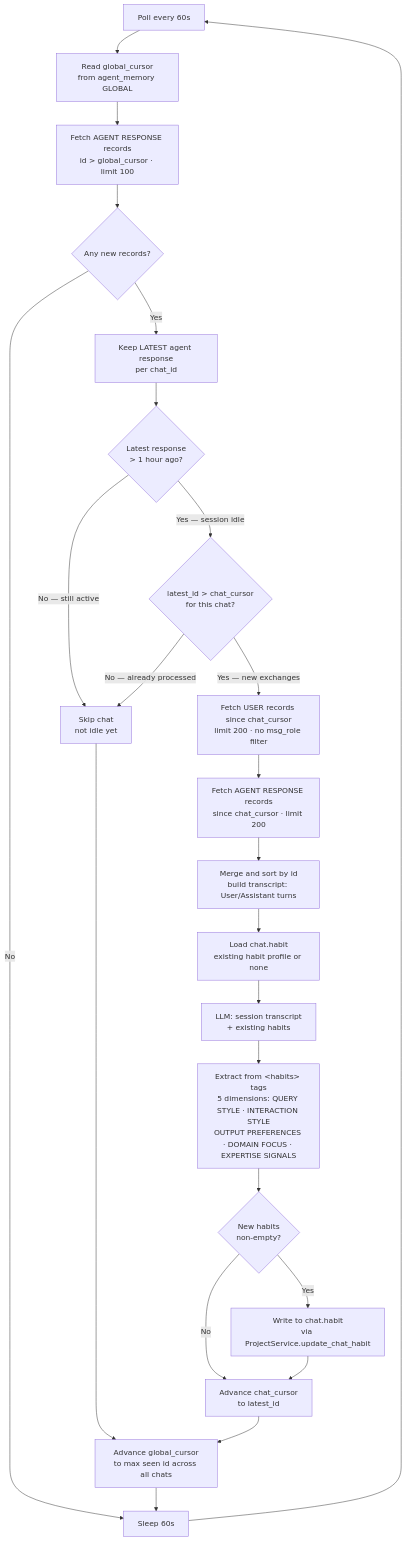
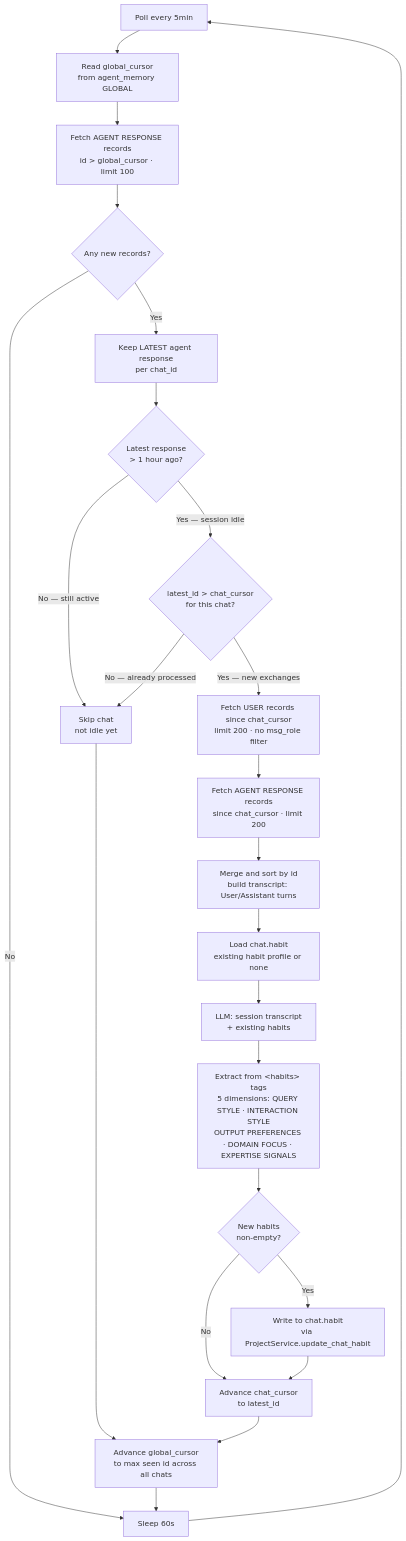
Before and after one commit to wiedersehne/Ida-arch: the third of 10 diagrams in memory-gap-analysis-n-solution.md, drawn with Mermaid. The commit also changed other lines of this file, not shown here.

````diff
--- a/memory-gap-analysis-n-solution.md
+++ b/memory-gap-analysis-n-solution.md
@@ -103,26 +103,26 @@
 ```mermaid
 flowchart TD
-    A[Poll every 60s] --> B[Read global_cursor\nfrom agent_memory GLOBAL]
+    A[Poll every 5min] --> B[Read global_cursor\nfrom agent_memory GLOBAL]
     B --> C[Fetch AGENT RESPONSE records\nid > global_cursor · limit 100]
     C --> D{Any new records?}
     D -->|No| SLEEP[Sleep 60s]
     SLEEP --> A
     D -->|Yes| E[Keep LATEST agent response\nper chat_id]
     E --> F{Latest response\n> 1 hour ago?}
     F -->|No — still active| SKIP[Skip chat\nnot idle yet]
     SKIP --> NEXT
     F -->|Yes — session idle| G{latest_id > chat_cursor\nfor this chat?}
     G -->|No — already processed| SKIP
     G -->|Yes — new exchanges| H[Fetch USER records since chat_cursor\nlimit 200 · no msg_role filter]
     H --> I[Fetch AGENT RESPONSE records\nsince chat_cursor · limit 200]
     I --> J[Merge and sort by id\nbuild transcript: User/Assistant turns]
     J --> K[Load chat.habit\nexisting habit profile or none]
     K --> L[LLM: session transcript\n+ existing habits]
     L --> M[Extract from &lt;habits&gt; tags\n5 dimensions: QUERY STYLE · INTERACTION STYLE\nOUTPUT PREFERENCES · DOMAIN FOCUS · EXPERTISE SIGNALS]
     M --> N{New habits\nnon-empty?}
     N -->|No| CURSOR
     N -->|Yes| O[Write to chat.habit\nvia ProjectService.update_chat_habit]
     O --> CURSOR[Advance chat_cursor\nto latest_id]
     CURSOR --> NEXT[Advance global_cursor\nto max seen id across all chats]
     NEXT --> SLEEP
 ```
````
